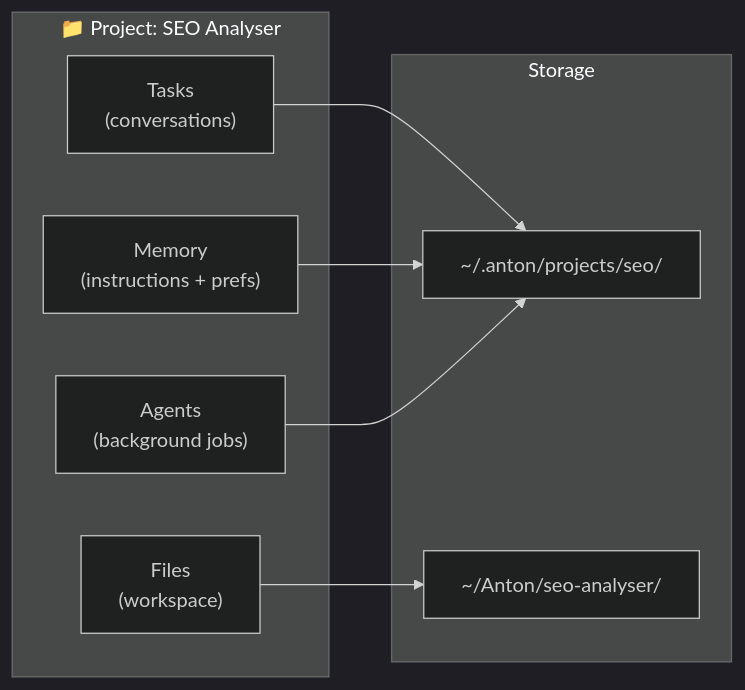
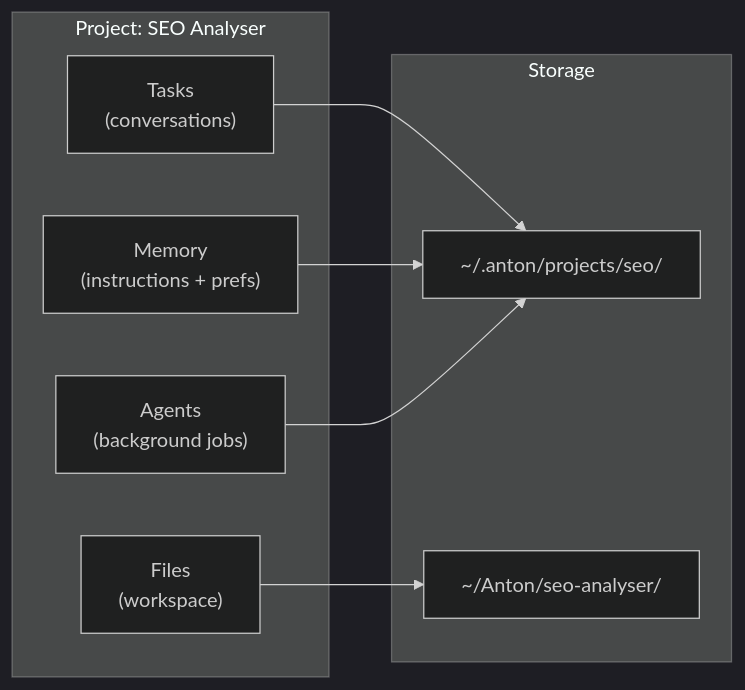
The third of 3 diagrams in README.md (billionzeros/computer), drawn with Mermaid (dark theme) before and after one commit. The commit also changed other lines of this file, not shown here.

````diff
--- a/README.md
+++ b/README.md
@@ -148,19 +270,19 @@
 ```mermaid
 graph LR
-    subgraph Project["📁 Project: SEO Analyser"]
+    subgraph Project["Project: SEO Analyser"]
         Tasks["Tasks<br/>(conversations)"]
         Memory["Memory<br/>(instructions + prefs)"]
         Files["Files<br/>(workspace)"]
         Agents["Agents<br/>(background jobs)"]
     end
-    
+
     subgraph Storage["Storage"]
         Internal["~/.anton/projects/seo/"]
         Workspace["~/Anton/seo-analyser/"]
     end
-    
+
     Tasks --> Internal
     Memory --> Internal
     Files --> Workspace
     Agents --> Internal
 ```
````
